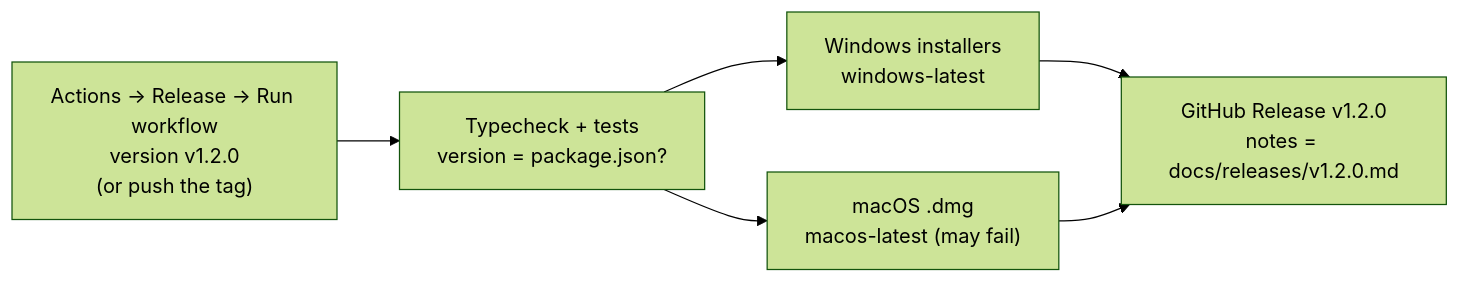
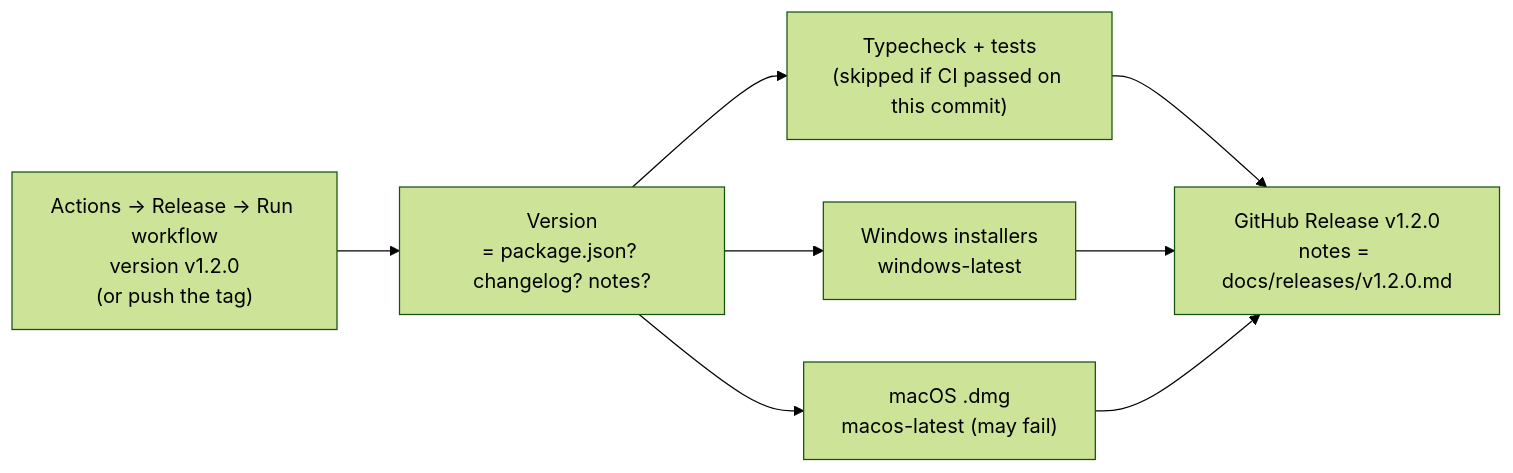
One commit to nsfxu/lan-screenshare changed the second of 2 diagrams in docs/en-US/development.md. Above: the diagram before and after it, drawn with Mermaid (forest theme). The commit also changed other lines of this file and 8 other files, not shown here.

First line of the commit message:
Stop re-running the same tests between a branch and its release

````diff
--- a/docs/en-US/development.md
+++ b/docs/en-US/development.md
@@ -213,8 +213,10 @@
 ```mermaid
 flowchart LR
-  S["Actions → Release → Run workflow<br/>version v1.2.0<br/>(or push the tag)"] --> C["Typecheck + tests<br/>version = package.json?"]
-  C --> W["Windows installers<br/>windows-latest"]
-  C --> M["macOS .dmg<br/>macos-latest (may fail)"]
-  W --> R["GitHub Release v1.2.0<br/>notes = docs/releases/v1.2.0.md"]
+  S["Actions → Release → Run workflow<br/>version v1.2.0<br/>(or push the tag)"] --> V["Version<br/>= package.json? changelog? notes?"]
+  V --> C["Typecheck + tests<br/>(skipped if CI passed on this commit)"]
+  V --> W["Windows installers<br/>windows-latest"]
+  V --> M["macOS .dmg<br/>macos-latest (may fail)"]
+  C --> R["GitHub Release v1.2.0<br/>notes = docs/releases/v1.2.0.md"]
+  W --> R
   M --> R
 ```
````
